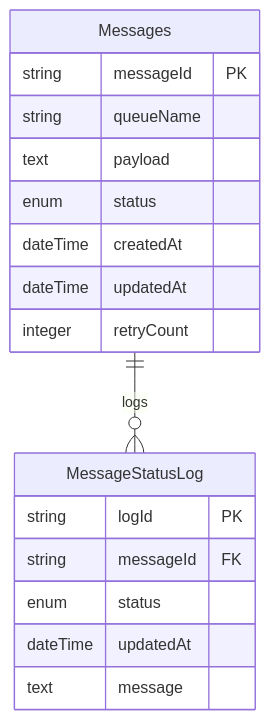
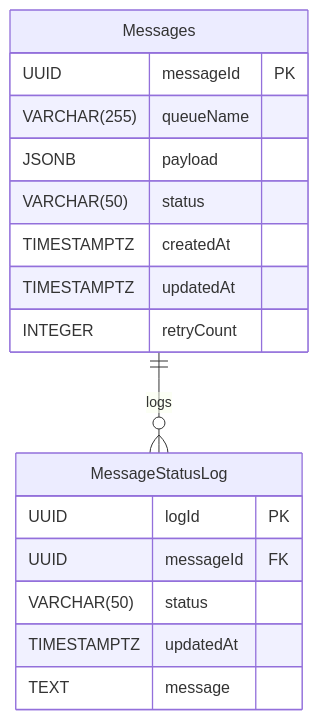
The third of 4 diagrams in Diagrams/ERDiagrams.md (rasmusulriksen/BachelorsProject), drawn with Mermaid before and after one commit. The commit also changed other lines of this file, not shown here.

Commit message:
ER diagrams now talk PostgreSQL

````diff
--- a/Diagrams/ERDiagrams.md
+++ b/Diagrams/ERDiagrams.md
@@ -60,23 +60,23 @@
 ```mermaid
 erDiagram
 
     Messages {
-        string messageId PK
-        string queueName
-        text payload
-        enum status
-        dateTime createdAt
-        dateTime updatedAt
-        integer retryCount
+        UUID messageId PK
+        VARCHAR(255) queueName
+        JSONB payload
+        VARCHAR(50) status
+        TIMESTAMPTZ createdAt
+        TIMESTAMPTZ updatedAt
+        INTEGER retryCount
     }
 
     MessageStatusLog {
-        string logId PK
-        string messageId FK
-        enum status
-        dateTime updatedAt
-        text message
+        UUID logId PK
+        UUID messageId FK
+        VARCHAR(50) status
+        TIMESTAMPTZ updatedAt
+        TEXT message
     }
 
     Messages ||--o{ MessageStatusLog: "logs"
 ```
````
